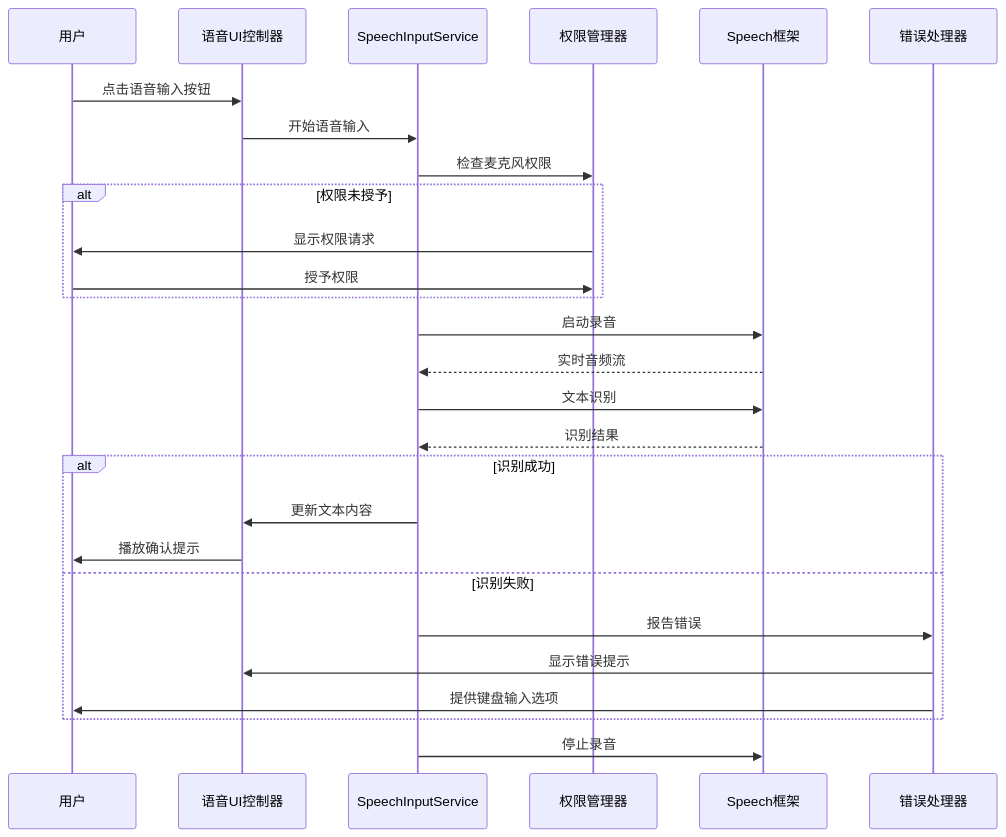
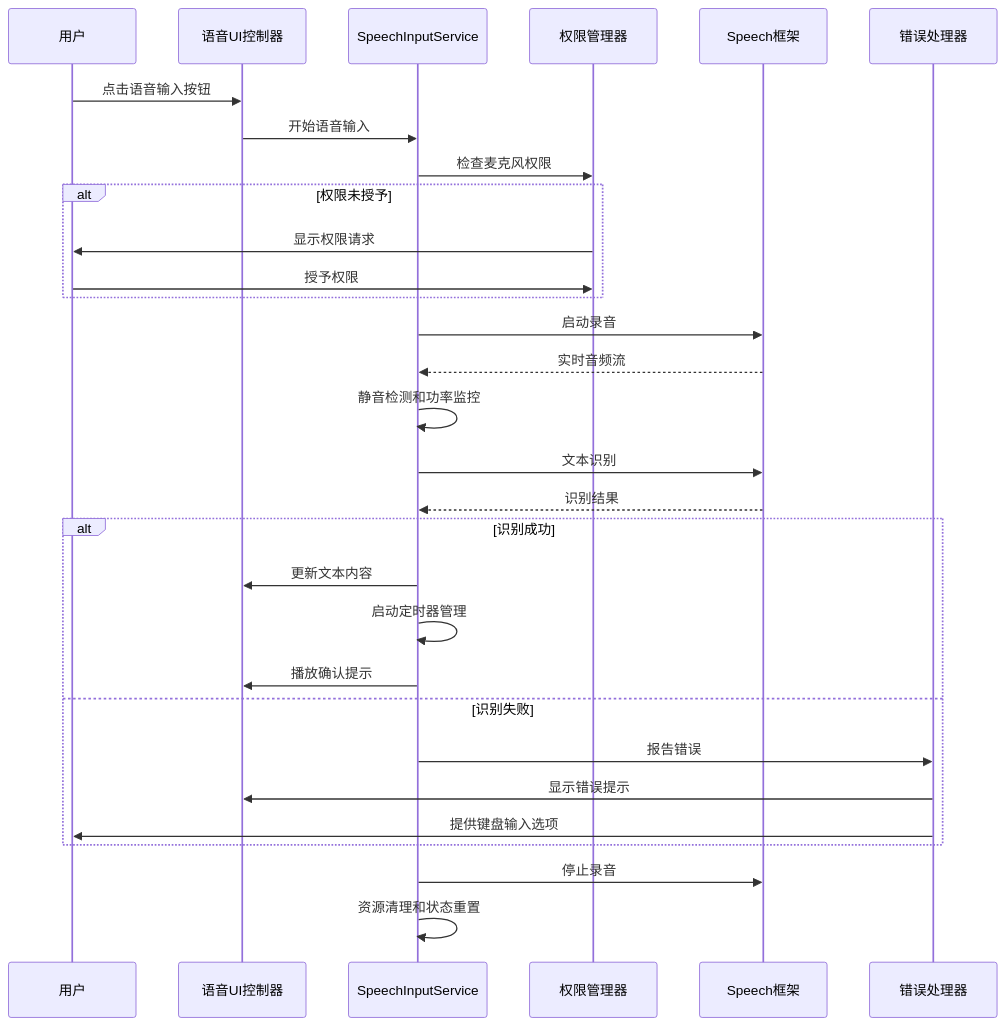
The fourth of 9 diagrams in .qoder/repowiki/zh/content/开发指南/编码规范与最佳实践/无障碍开发规范/语音输入集成.md (Jayden23018/blind-run-ios), drawn with Mermaid before and after one commit. The commit also changed other lines of this file and 15 other files, not shown here.

````diff
--- a/.qoder/repowiki/zh/content/开发指南/编码规范与最佳实践/无障碍开发规范/语音输入集成.md
+++ b/.qoder/repowiki/zh/content/开发指南/编码规范与最佳实践/无障碍开发规范/语音输入集成.md
@@ -201,29 +254,32 @@
 ```mermaid
 sequenceDiagram
 participant User as 用户
 participant UI as 语音UI控制器
 participant Service as SpeechInputService
 participant Perm as 权限管理器
 participant Speech as Speech框架
 participant Handler as 错误处理器
 User->>UI : 点击语音输入按钮
 UI->>Service : 开始语音输入
 Service->>Perm : 检查麦克风权限
 alt 权限未授予
 Perm->>User : 显示权限请求
 User->>Perm : 授予权限
 end
 Service->>Speech : 启动录音
 Speech-->>Service : 实时音频流
+Service->>Service : 静音检测和功率监控
 Service->>Speech : 文本识别
 Speech-->>Service : 识别结果
 alt 识别成功
 Service->>UI : 更新文本内容
-UI->>User : 播放确认提示
+Service->>Service : 启动定时器管理
+Service->>UI : 播放确认提示
 else 识别失败
 Service->>Handler : 报告错误
 Handler->>UI : 显示错误提示
 Handler->>User : 提供键盘输入选项
 end
 Service->>Speech : 停止录音
+Service->>Service : 资源清理和状态重置
 ```
````
